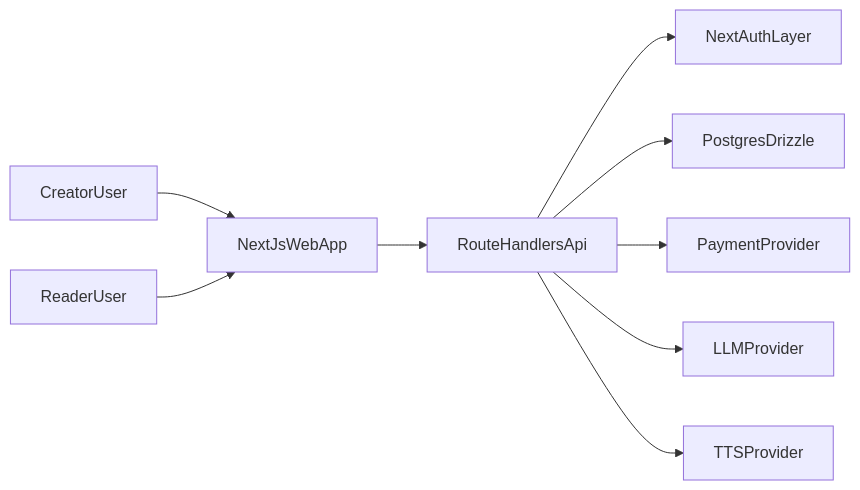
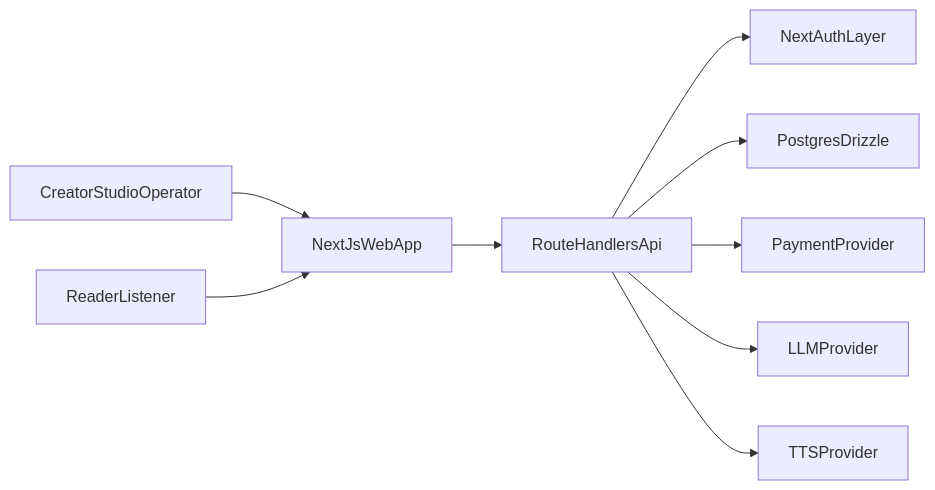
One commit to Unfavdemo/AI-Novel changed the diagram in docs/CCC_DELIVERABLE_REPORT.md. Above: the diagram before and after it, drawn with Mermaid. The commit also changed other lines of this file and 59 other files, not shown here.

````diff
--- a/docs/CCC_DELIVERABLE_REPORT.md
+++ b/docs/CCC_DELIVERABLE_REPORT.md
@@ -187,21 +220,21 @@
 ```mermaid
 flowchart LR
-  creatorUser[CreatorUser]
-  readerUser[ReaderUser]
+  creatorUser[CreatorStudioOperator]
+  readerUser[ReaderListener]
   webApp[NextJsWebApp]
   apiLayer[RouteHandlersApi]
   authLayer[NextAuthLayer]
   dbLayer[PostgresDrizzle]
   paymentProvider[PaymentProvider]
   llmProvider[LLMProvider]
   ttsProvider[TTSProvider]
 
   creatorUser --> webApp
   readerUser --> webApp
   webApp --> apiLayer
   apiLayer --> authLayer
   apiLayer --> dbLayer
   apiLayer --> paymentProvider
   apiLayer --> llmProvider
   apiLayer --> ttsProvider
 ```
````
